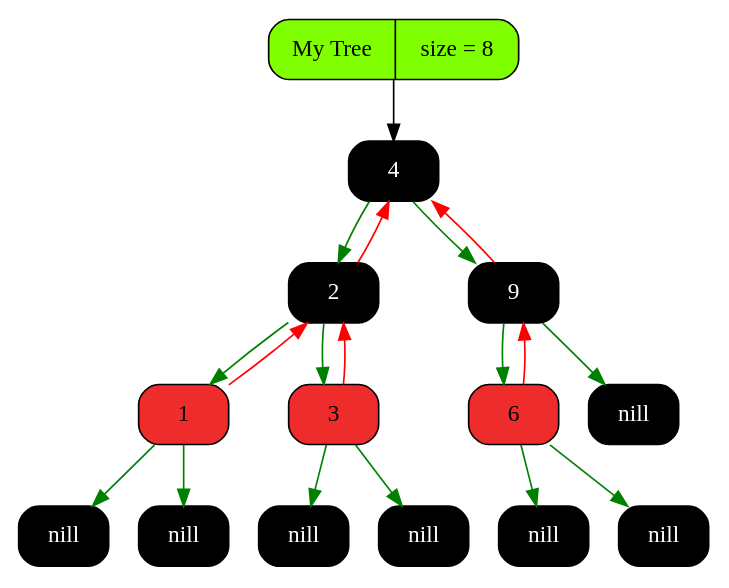
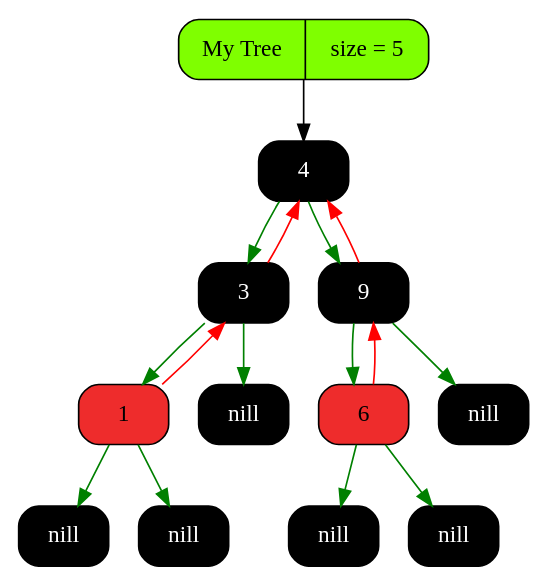
Before and after one commit to Pelmeshka127/RedBlackTree: the diagram in graphics/graph.dot, drawn with Graphviz. The commit also changed 5 other files, not shown here.

```diff
--- a/graphics/graph.dot
+++ b/graphics/graph.dot
@@ -1,38 +1,33 @@
 digraph Tree
 {
    rankdir = HR;
    node[fontsize=14];
    edge[color="black",fontcolor="blue",fontsize=12];
-   tree[shape = Mrecord, style = filled, fillcolor = "chartreuse1", label = "My Tree | size = 8"];
-   "0x14c804080"[shape = Mrecord, style = filled, fontcolor = "white", fillcolor = "black",   label = " <value> 4"];
-  "0x14c804080" -> "0x14b704080" [color = "green"];
-  "0x14b704080" -> "0x14c804080" [color = "red"];
-  "0x14c804080" -> "0x14b606880" [color = "green"];
-  "0x14b606880" -> "0x14c804080" [color = "red"];
-   "0x14b704080"[shape = Mrecord, style = filled, fontcolor = "white", fillcolor = "black",   label = " <value> 2"];
-  "0x14b704080" -> "0x14c904080" [color = "green"];
-  "0x14c904080" -> "0x14b704080" [color = "red"];
-  "0x14b704080" -> "0x14b606860" [color = "green"];
-  "0x14b606860" -> "0x14b704080" [color = "red"];
-  "0x14c904080"[shape = Mrecord, style = filled, fillcolor = "firebrick2",   label = " <value> 1"];
-   "0x14c904080left"[shape = Mrecord, style = filled, fontcolor = "white", fillcolor = "black",   label = " <value> nill"];
-  "0x14c904080" -> "0x14c904080left" [color = "green"];
-   "0x14c904080right"[shape = Mrecord, style = filled, fontcolor = "white", fillcolor = "black",   label = " <value> nill"];
-  "0x14c904080" -> "0x14c904080right" [color = "green"];
-  "0x14b606860"[shape = Mrecord, style = filled, fillcolor = "firebrick2",   label = " <value> 3"];
-   "0x14b606860left"[shape = Mrecord, style = filled, fontcolor = "white", fillcolor = "black",   label = " <value> nill"];
-  "0x14b606860" -> "0x14b606860left" [color = "green"];
-   "0x14b606860right"[shape = Mrecord, style = filled, fontcolor = "white", fillcolor = "black",   label = " <value> nill"];
-  "0x14b606860" -> "0x14b606860right" [color = "green"];
-   "0x14b606880"[shape = Mrecord, style = filled, fontcolor = "white", fillcolor = "black",   label = " <value> 9"];
-  "0x14b606880" -> "0x14b606840" [color = "green"];
-  "0x14b606840" -> "0x14b606880" [color = "red"];
-   "0x14b606880right"[shape = Mrecord, style = filled, fontcolor = "white", fillcolor = "black",   label = " <value> nill"];
-  "0x14b606880" -> "0x14b606880right" [color = "green"];
-  "0x14b606840"[shape = Mrecord, style = filled, fillcolor = "firebrick2",   label = " <value> 6"];
-   "0x14b606840left"[shape = Mrecord, style = filled, fontcolor = "white", fillcolor = "black",   label = " <value> nill"];
-  "0x14b606840" -> "0x14b606840left" [color = "green"];
-   "0x14b606840right"[shape = Mrecord, style = filled, fontcolor = "white", fillcolor = "black",   label = " <value> nill"];
-  "0x14b606840" -> "0x14b606840right" [color = "green"];
-   tree -> "0x14c804080" [color = "gray0"];
+   tree[shape = Mrecord, style = filled, fillcolor = "chartreuse1", label = "My Tree | size = 5"];
+   "0x155904080"[shape = Mrecord, style = filled, fontcolor = "white", fillcolor = "black",   label = " <value> 4"];
+  "0x155904080" -> "0x155804190" [color = "green"];
+  "0x155804190" -> "0x155904080" [color = "red"];
+  "0x155904080" -> "0x1558041b0" [color = "green"];
+  "0x1558041b0" -> "0x155904080" [color = "red"];
+   "0x155804190"[shape = Mrecord, style = filled, fontcolor = "white", fillcolor = "black",   label = " <value> 3"];
+  "0x155804190" -> "0x155804170" [color = "green"];
+  "0x155804170" -> "0x155804190" [color = "red"];
+   "0x155804190right"[shape = Mrecord, style = filled, fontcolor = "white", fillcolor = "black",   label = " <value> nill"];
+  "0x155804190" -> "0x155804190right" [color = "green"];
+  "0x155804170"[shape = Mrecord, style = filled, fillcolor = "firebrick2",   label = " <value> 1"];
+   "0x155804170left"[shape = Mrecord, style = filled, fontcolor = "white", fillcolor = "black",   label = " <value> nill"];
+  "0x155804170" -> "0x155804170left" [color = "green"];
+   "0x155804170right"[shape = Mrecord, style = filled, fontcolor = "white", fillcolor = "black",   label = " <value> nill"];
+  "0x155804170" -> "0x155804170right" [color = "green"];
+   "0x1558041b0"[shape = Mrecord, style = filled, fontcolor = "white", fillcolor = "black",   label = " <value> 9"];
+  "0x1558041b0" -> "0x154704150" [color = "green"];
+  "0x154704150" -> "0x1558041b0" [color = "red"];
+   "0x1558041b0right"[shape = Mrecord, style = filled, fontcolor = "white", fillcolor = "black",   label = " <value> nill"];
+  "0x1558041b0" -> "0x1558041b0right" [color = "green"];
+  "0x154704150"[shape = Mrecord, style = filled, fillcolor = "firebrick2",   label = " <value> 6"];
+   "0x154704150left"[shape = Mrecord, style = filled, fontcolor = "white", fillcolor = "black",   label = " <value> nill"];
+  "0x154704150" -> "0x154704150left" [color = "green"];
+   "0x154704150right"[shape = Mrecord, style = filled, fontcolor = "white", fillcolor = "black",   label = " <value> nill"];
+  "0x154704150" -> "0x154704150right" [color = "green"];
+   tree -> "0x155904080" [color = "gray0"];
 }
```
